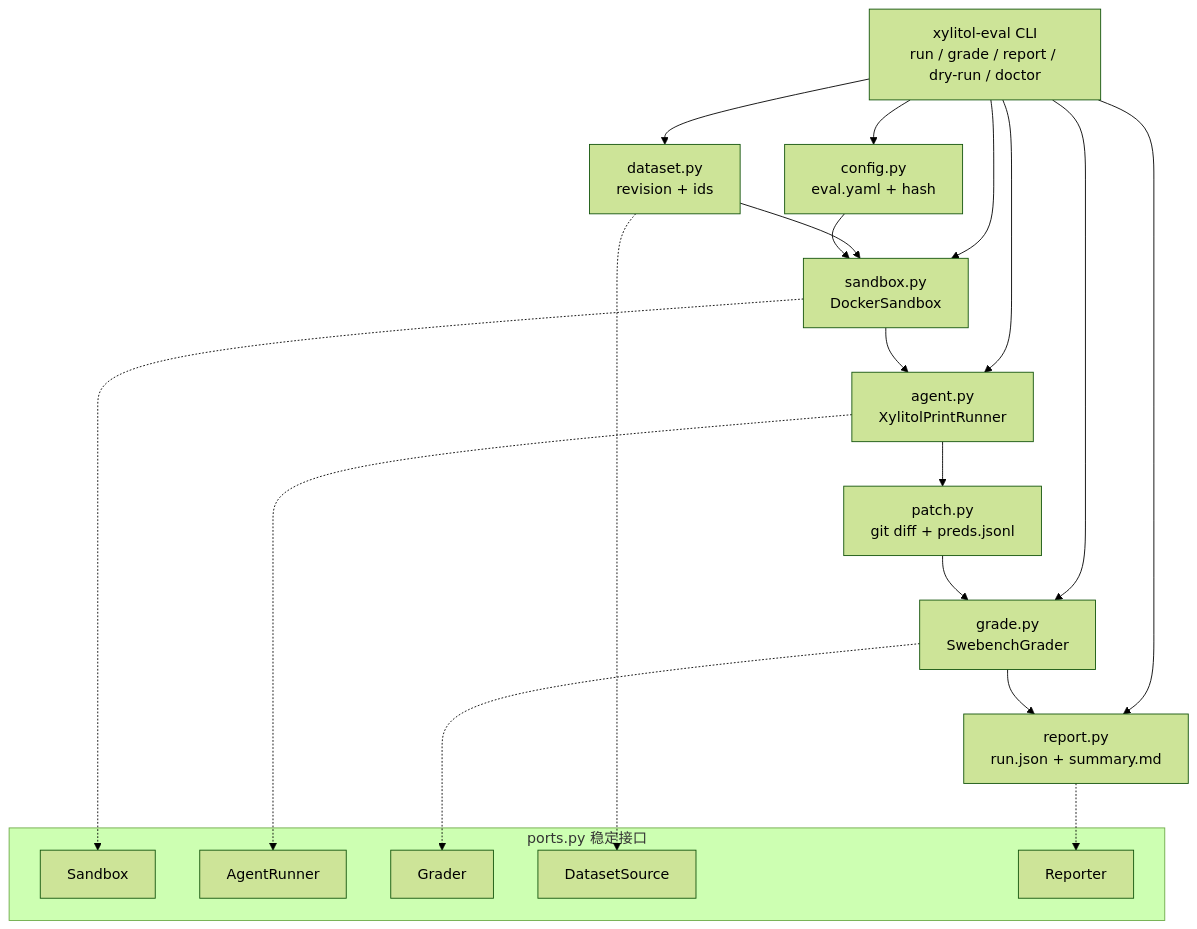
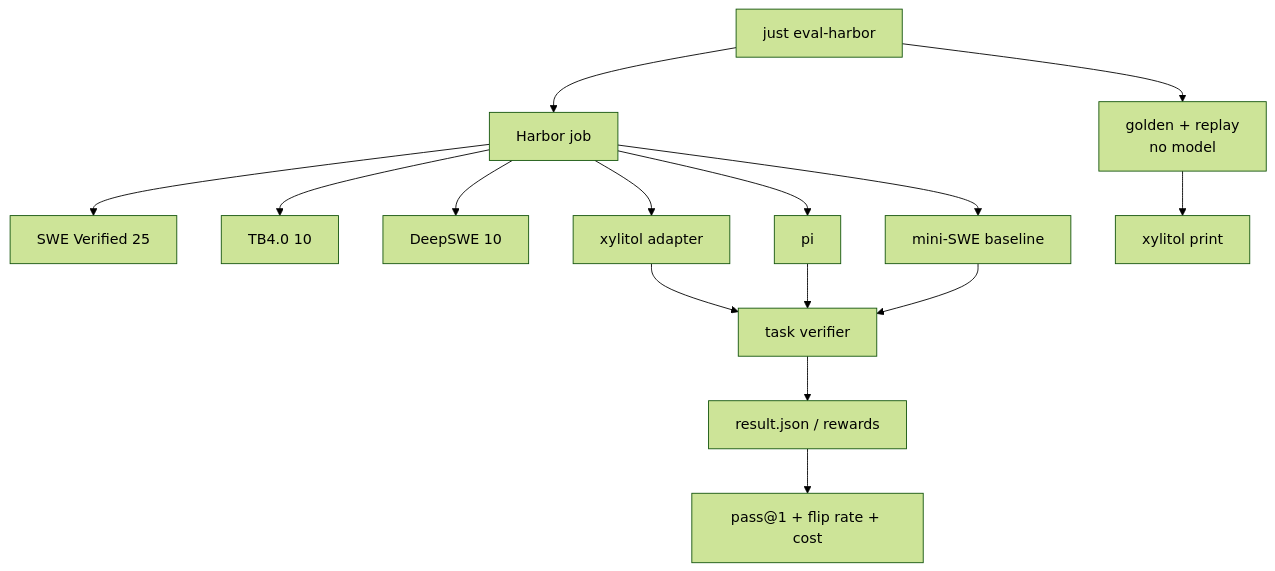
The diagram in llmanspec/changes/c3006-add-minimal-eval-harness/design.md (StrayDragon/xylitol), drawn with Mermaid (forest theme) before and after one commit. The commit also changed other lines of this file and 7 other files, not shown here.

First line of the commit message:
feat(eval): add Harbor-first xylitol agent

````diff
--- a/llmanspec/changes/c3006-add-minimal-eval-harness/design.md
+++ b/llmanspec/changes/c3006-add-minimal-eval-harness/design.md
@@ -13,27 +28,17 @@
 ```mermaid
 flowchart TB
-  CLI["xylitol-eval CLI<br/>run / grade / report / dry-run / doctor"] --> CFG["config.py<br/>eval.yaml + hash"]
-  CLI --> DS["dataset.py<br/>revision + ids"]
-  CLI --> SB["sandbox.py<br/>DockerSandbox"]
-  CLI --> AR["agent.py<br/>XylitolPrintRunner"]
-  CLI --> GR["grade.py<br/>SwebenchGrader"]
-  CLI --> RP["report.py<br/>run.json + summary.md"]
-  DS --> SB
-  CFG --> SB
-  SB --> AR
-  AR --> PT["patch.py<br/>git diff + preds.jsonl"]
-  PT --> GR
-  GR --> RP
-  subgraph ports["ports.py 稳定接口"]
-    P1["Sandbox"]
-    P2["AgentRunner"]
-    P3["Grader"]
-    P4["DatasetSource"]
-    P5["Reporter"]
-  end
-  SB -.-> P1
-  AR -.-> P2
-  GR -.-> P3
-  DS -.-> P4
-  RP -.-> P5
+  CLI["just eval-harbor"] --> H["Harbor job"]
+  H --> D1["SWE Verified 25"]
+  H --> D2["TB4.0 10"]
+  H --> D3["DeepSWE 10"]
+  H --> A1["xylitol adapter"]
+  H --> A2["pi"]
+  H --> A3["mini-SWE baseline"]
+  A1 --> V["task verifier"]
+  A2 --> V
+  A3 --> V
+  V --> R["result.json / rewards"]
+  R --> M["pass@1 + flip rate + cost"]
+  CLI --> G["golden + replay<br/>no model"]
+  G --> P["xylitol print"]
 ```
````
